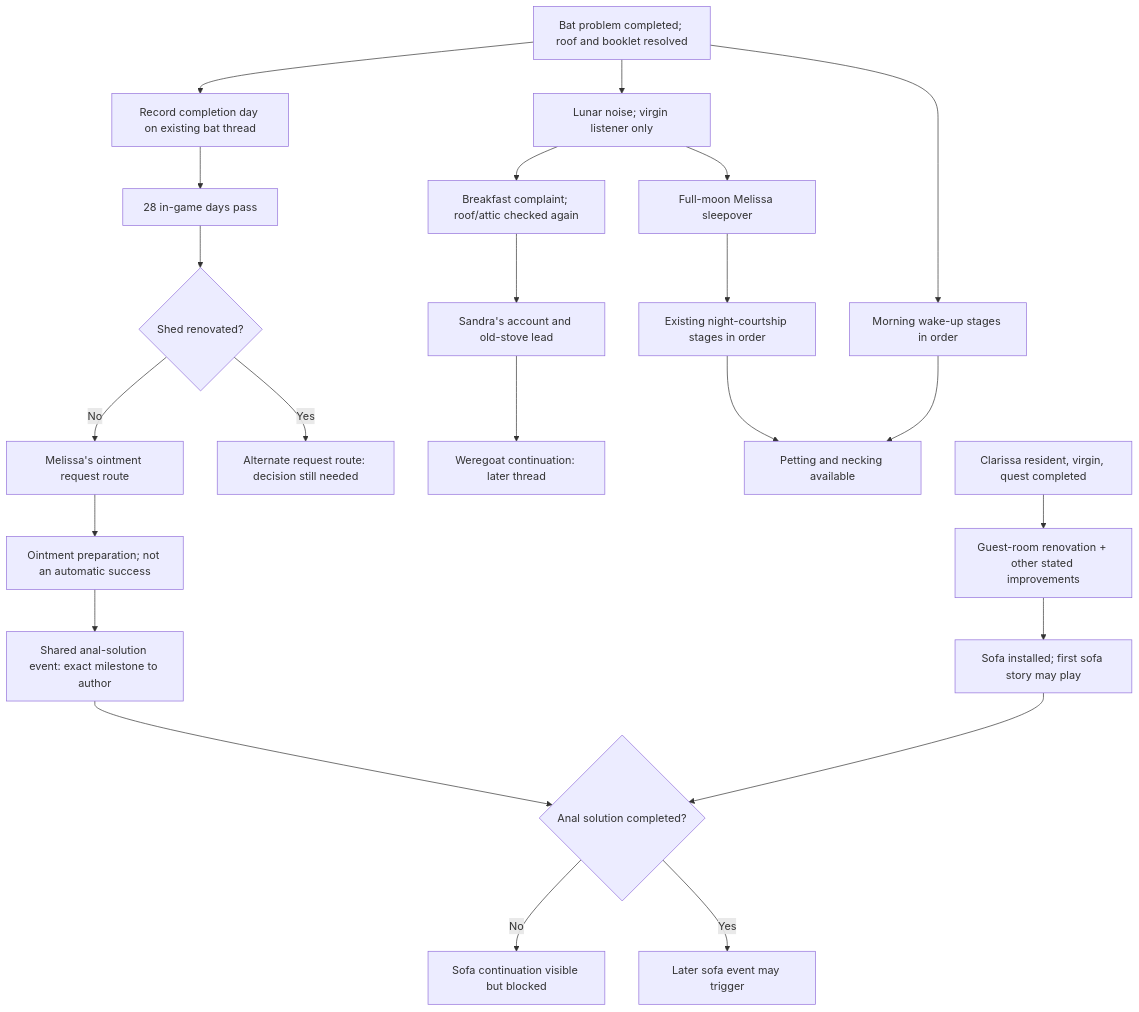
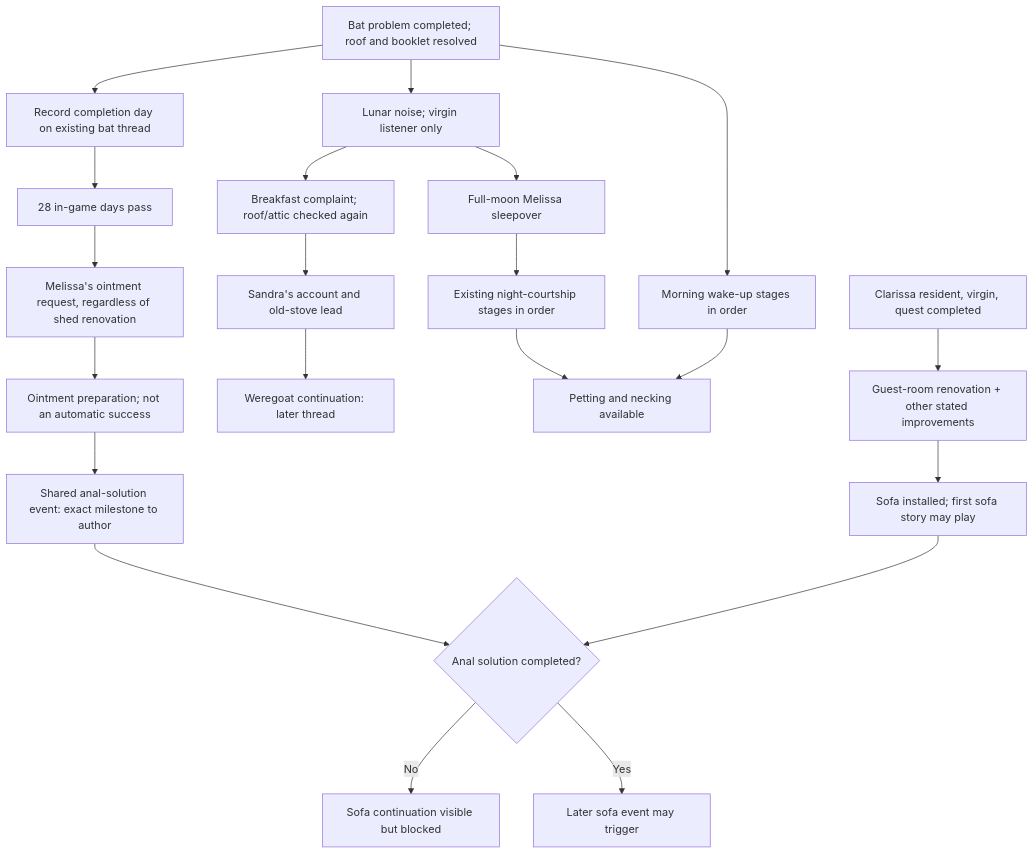
The diagram in devdocs/characters/melissa_lunar_wake_sofa_plan.md (BaZeLR/Billy-Bones-Inn-), drawn with Mermaid before and after one commit. The commit also changed other lines of this file and 16 other files, not shown here.

````diff
--- a/devdocs/characters/melissa_lunar_wake_sofa_plan.md
+++ b/devdocs/characters/melissa_lunar_wake_sofa_plan.md
@@ -14,25 +14,23 @@
 ```mermaid
 flowchart TD
     B[Bat problem completed; roof and booklet resolved] --> D[Record completion day on existing bat thread]
     D --> M[28 in-game days pass]
-    M --> O{Shed renovated?}
-    O -- No --> OR[Melissa's ointment request route]
-    O -- Yes --> OS[Alternate request route: decision still needed]
+    M --> OR[Melissa's ointment request, regardless of shed renovation]
     B --> L[Lunar noise; virgin listener only]
     L --> BF[Breakfast complaint; roof/attic checked again]
     BF --> SF[Sandra's account and old-stove lead]
     SF --> WG[Weregoat continuation: later thread]
     L --> N[Full-moon Melissa sleepover]
     N --> C[Existing night-courtship stages in order]
     B --> W[Morning wake-up stages in order]
     W --> P[Petting and necking available]
     C --> P
     OR --> A[Ointment preparation; not an automatic success]
     CR[Clarissa resident, virgin, quest completed] --> G[Guest-room renovation + other stated improvements]
     G --> ST[Sofa installed; first sofa story may play]
     A --> AS[Shared anal-solution event: exact milestone to author]
     ST --> SR{Anal solution completed?}
     AS --> SR
     SR -- No --> BLOCK[Sofa continuation visible but blocked]
     SR -- Yes --> R[Later sofa event may trigger]
 ```
````
